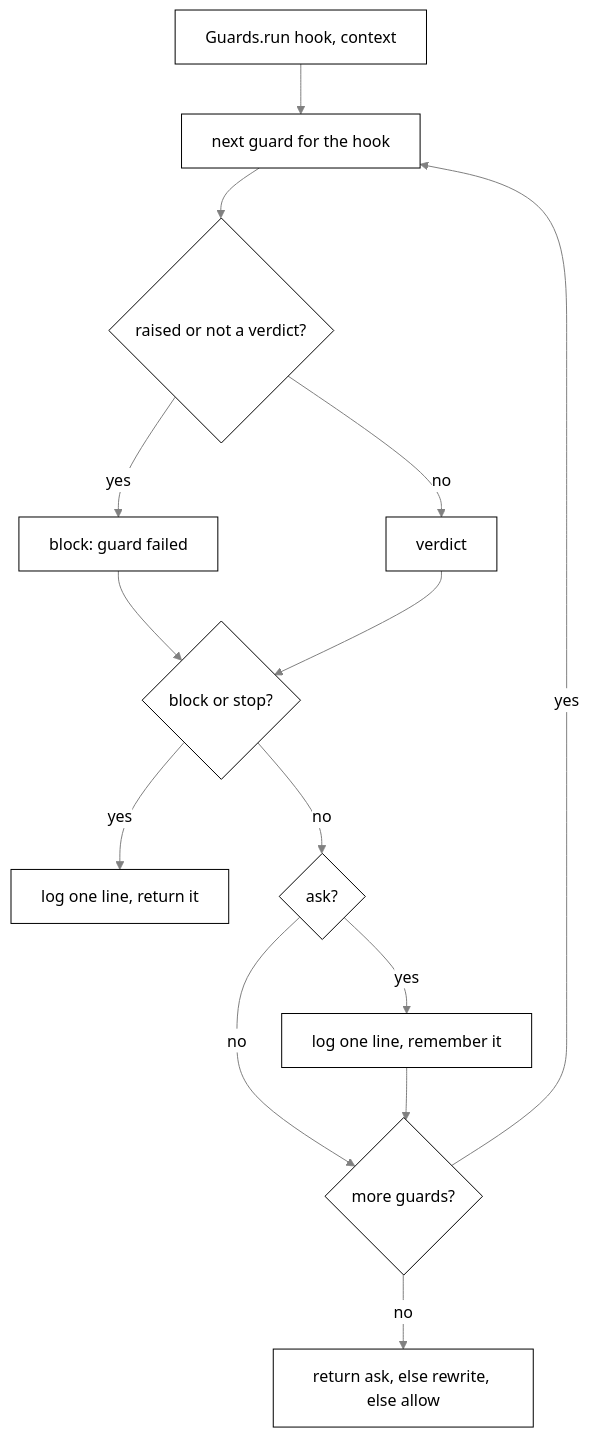
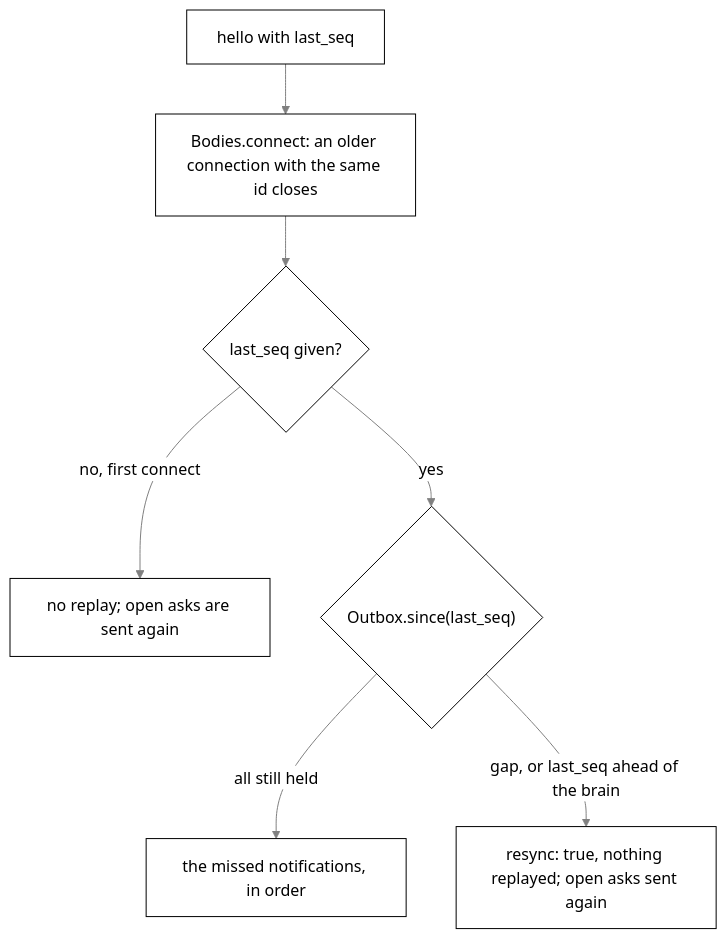
One commit to nadeem4/tagalong changed the fourth of 4 diagrams in docs/brain/README.md. Above: the diagram before and after it, drawn with Mermaid. The commit also changed other lines of this file and 9 other files, not shown here.

````diff
--- a/docs/brain/README.md
+++ b/docs/brain/README.md
@@ -1083,17 +266,10 @@
 ```mermaid
-%%{init: {"theme": "base", "themeVariables": {"primaryColor": "#ffffff", "primaryTextColor": "#000000", "primaryBorderColor": "#000000", "lineColor": "#808080", "arrowheadColor": "#808080", "secondaryColor": "#f2f2f2", "tertiaryColor": "#ffffff", "clusterBkg": "#f7f7f7", "clusterBorder": "#808080", "edgeLabelBackground": "#ffffff", "titleColor": "#808080", "actorBkg": "#ffffff", "actorBorder": "#000000", "actorTextColor": "#000000", "actorLineColor": "#808080", "signalColor": "#808080", "signalTextColor": "#808080", "sequenceNumberColor": "#ffffff", "labelBoxBkgColor": "#ffffff", "labelBoxBorderColor": "#808080", "labelTextColor": "#000000", "loopTextColor": "#808080", "noteBkgColor": "#f7f7f7", "noteBorderColor": "#808080", "noteTextColor": "#000000", "activationBkgColor": "#f7f7f7", "activationBorderColor": "#808080", "fontFamily": "Segoe UI, Helvetica, Arial, sans-serif"}}}%%
+%%{init: {"theme": "base", "themeVariables": {"primaryColor": "#ffffff", "primaryTextColor": "#000000", "primaryBorderColor": "#000000", "lineColor": "#808080", "arrowheadColor": "#808080", "secondaryColor": "#f2f2f2", "tertiaryColor": "#ffffff", "clusterBkg": "#f7f7f7", "clusterBorder": "#808080", "edgeLabelBackground": "#ffffff", "titleColor": "#808080", "actorBkg": "#ffffff", "actorBorder": "#000000", "actorTextColor": "#000000", "actorLineColor": "#808080", "signalColor": "#808080", "signalTextColor": "#808080", "sequenceNumberColor": "#ffffff", "labelBoxBkgColor": "#ffffff", "labelBoxBorderColor": "#808080", "labelTextColor": "#000000", "loopTextColor": "#808080", "noteBkgColor": "#f7f7f7", "noteBorderColor": "#808080", "noteTextColor": "#000000", "activationBkgColor": "#f7f7f7", "activationBorderColor": "#808080", "fontFamily": "Segoe UI, Helvetica, Arial, sans-serif"}, "themeCSS": ".relationshipLabelBox{opacity:1} .relationshipLabelBox rect{opacity:1}"}}%%
 flowchart TD
-    A[Guards.run hook, context] --> B[next guard for the hook]
-    B --> C{raised or not a verdict?}
-    C -->|yes| D[block: guard failed]
-    C -->|no| E[verdict]
-    D --> F{block or stop?}
-    E --> F
-    F -->|yes| G[log one line, return it]
-    F -->|no| J{ask?}
-    J -->|yes| K[log one line, remember it]
-    J -->|no| H
-    K --> H{more guards?}
-    H -->|yes| B
-    H -->|no| I[return ask, else rewrite, else allow]
+  H["hello with last_seq"] --> C["Bodies.connect: an older connection with the same id closes"]
+  C --> Q{"last_seq given?"}
+  Q -->|"no, first connect"| N["no replay; open asks are sent again"]
+  Q -->|"yes"| W{"Outbox.since(last_seq)"}
+  W -->|"all still held"| B["the missed notifications, in order"]
+  W -->|"gap, or last_seq ahead of the brain"| R["resync: true, nothing replayed; open asks sent again"]
 ```
````
